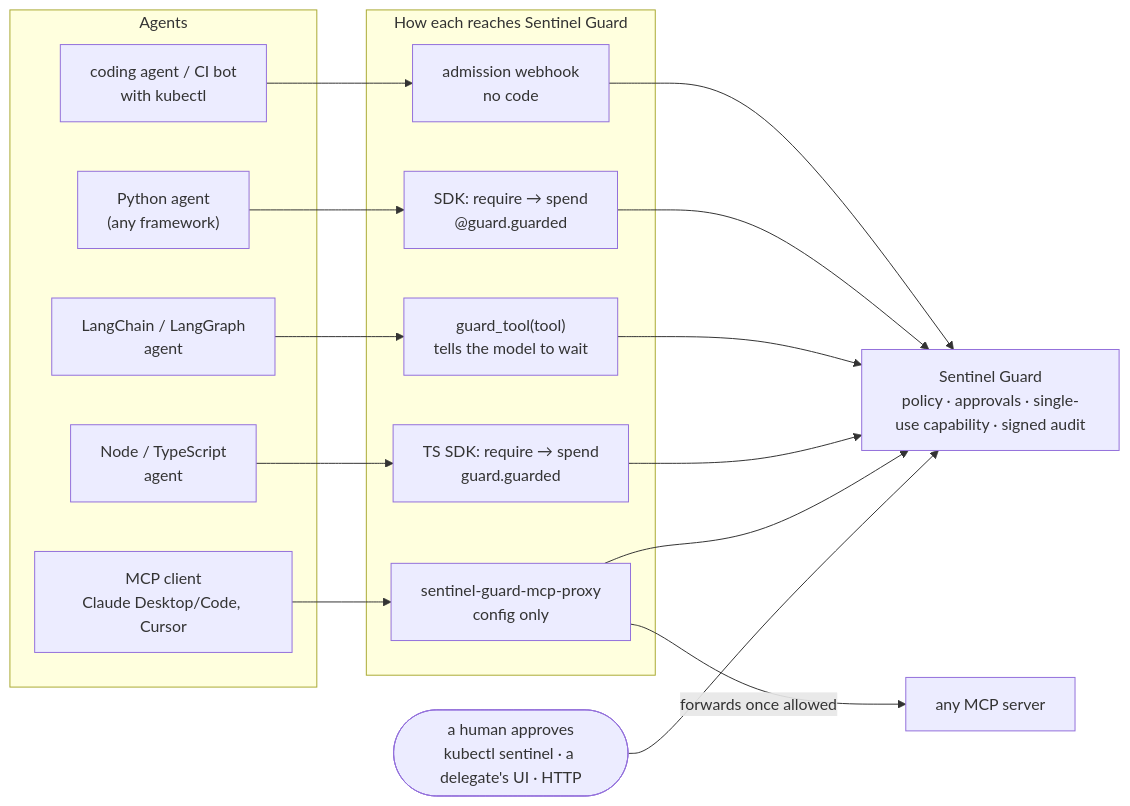
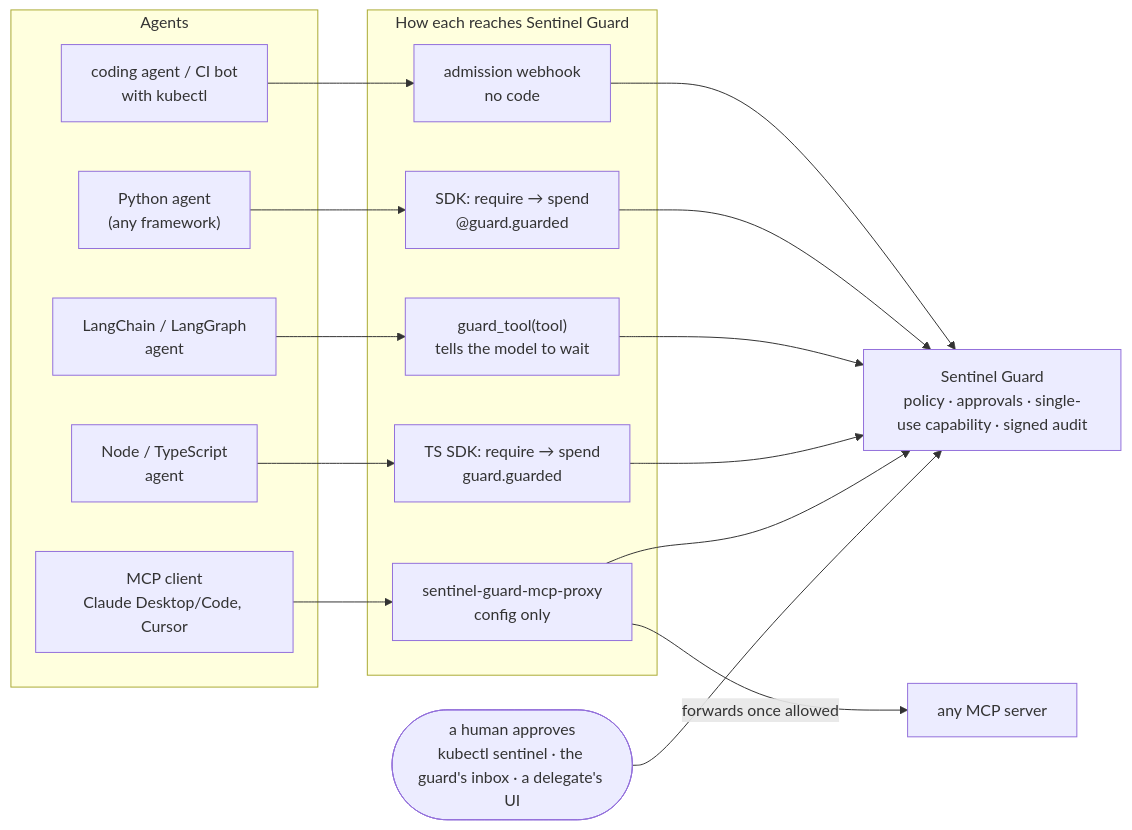
Before and after one commit to abdulmdev/sentinel-incident-copilot: the diagram in docs/handbook/diagrams/17-guard-adoption.mmd, drawn with Mermaid. The commit also changed 64 other files, not shown here.

First line of the commit message:
Try it in one command: docker compose quickstart, an approvals inbox, the guard dashboard, and release-ready packages

```diff
--- a/docs/handbook/diagrams/17-guard-adoption.mmd
+++ b/docs/handbook/diagrams/17-guard-adoption.mmd
@@ -1,23 +1,23 @@
 flowchart LR
   subgraph agents["Agents"]
     K["coding agent / CI bot<br/>with kubectl"]
     PY["Python agent<br/>(any framework)"]
     LG["LangChain / LangGraph<br/>agent"]
     TS["Node / TypeScript<br/>agent"]
     MC["MCP client<br/>Claude Desktop/Code, Cursor"]
   end
   subgraph ways["How each reaches Sentinel Guard"]
     WH["admission webhook<br/>no code"]
     SDK["SDK: require → spend<br/>@guard.guarded"]
     GT["guard_tool(tool)<br/>tells the model to wait"]
     TSS["TS SDK: require → spend<br/>guard.guarded"]
     PX["sentinel-guard-mcp-proxy<br/>config only"]
   end
   G["Sentinel Guard<br/>policy · approvals · single-use capability · signed audit"]
   K --> WH --> G
   PY --> SDK --> G
   LG --> GT --> G
   TS --> TSS --> G
   MC --> PX --> G
   PX -->|"forwards once allowed"| UP["any MCP server"]
-  H(["a human approves<br/>kubectl sentinel · a delegate's UI · HTTP"]) --> G
+  H(["a human approves<br/>kubectl sentinel · the guard's inbox · a delegate's UI"]) --> G
```
